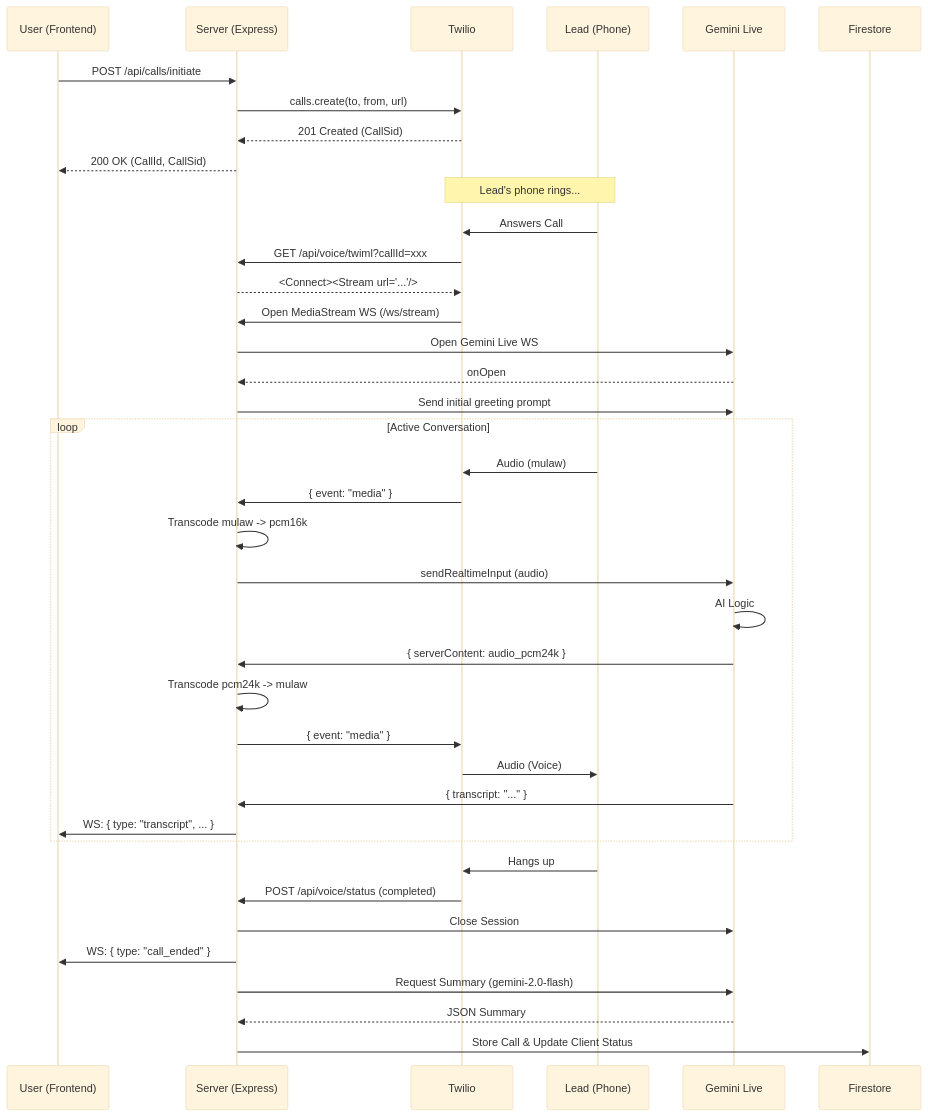
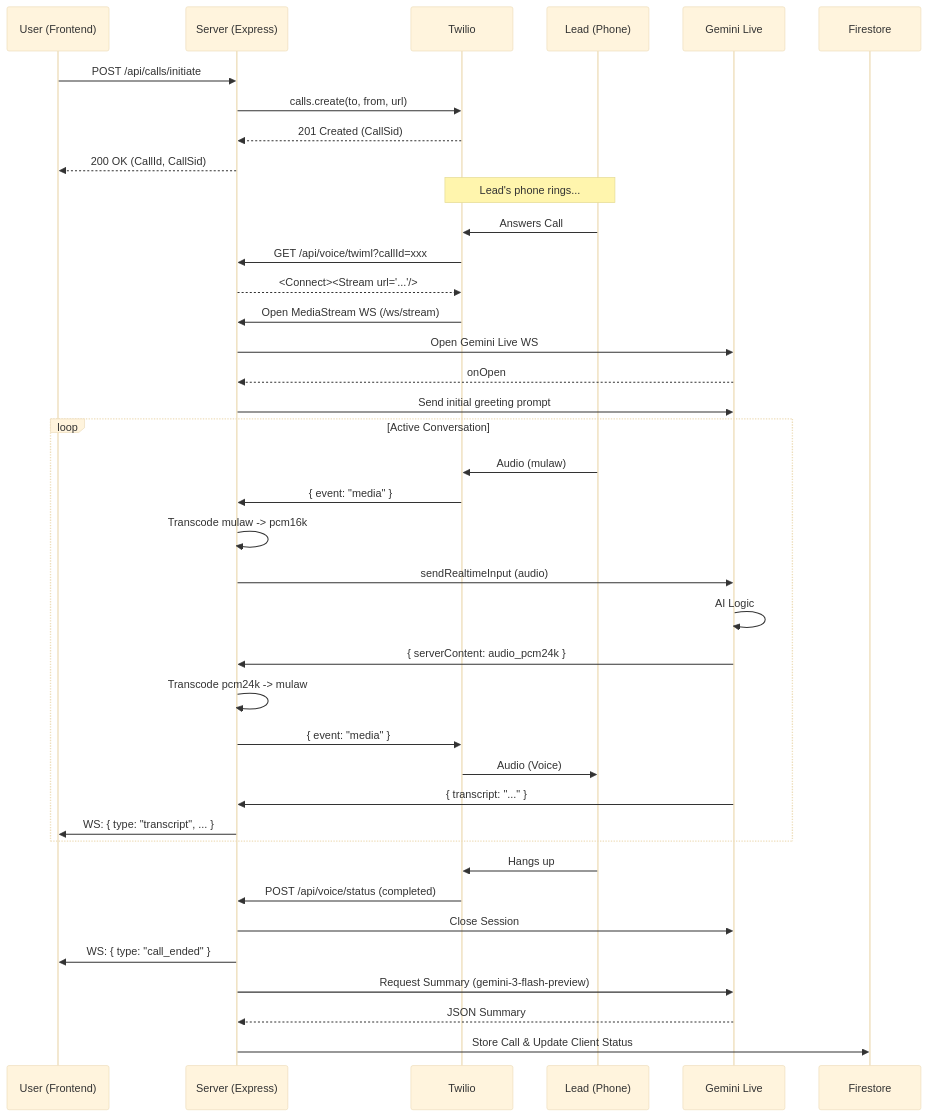
Before and after one commit to drdhavaltrivedi/vocalbridge-sales-ai: the second of 5 diagrams in README.md, drawn with Mermaid (base theme). The commit also changed other lines of this file and 2 other files, not shown here.

First line of the commit message:
Enhancement: Upgraded Gemini models to latest 3.0 and 3.1 previews

````diff
--- a/README.md
+++ b/README.md
@@ -146,46 +146,46 @@
 ```mermaid
 sequenceDiagram
     participant U as User (Frontend)
     participant S as Server (Express)
     participant T as Twilio
     participant L as Lead (Phone)
     participant G as Gemini Live
     participant D as Firestore
 
     U->>S: POST /api/calls/initiate
     S->>T: calls.create(to, from, url)
     T-->>S: 201 Created (CallSid)
     S-->>U: 200 OK (CallId, CallSid)
 
     Note over T,L: Lead's phone rings...
     L->>T: Answers Call
     T->>S: GET /api/voice/twiml?callId=xxx
     S-->>T: <Connect><Stream url="..."/>
 
     T->>S: Open MediaStream WS (/ws/stream)
     S->>G: Open Gemini Live WS
     G-->>S: onOpen
     S->>G: Send initial greeting prompt
 
     loop Active Conversation
         L->>T: Audio (mulaw)
         T->>S: { event: "media" }
         S->>S: Transcode mulaw -> pcm16k
         S->>G: sendRealtimeInput (audio)
         G->>G: AI Logic
         G->>S: { serverContent: audio_pcm24k }
         S->>S: Transcode pcm24k -> mulaw
         S->>T: { event: "media" }
         T->>L: Audio (Voice)
         G->>S: { transcript: "..." }
         S->>U: WS: { type: "transcript", ... }
     end
 
     L->>T: Hangs up
     T->>S: POST /api/voice/status (completed)
     S->>G: Close Session
     S->>U: WS: { type: "call_ended" }
-    S->>G: Request Summary (gemini-2.0-flash)
+    S->>G: Request Summary (gemini-3-flash-preview)
     G-->>S: JSON Summary
     S->>D: Store Call & Update Client Status
 ```
````
